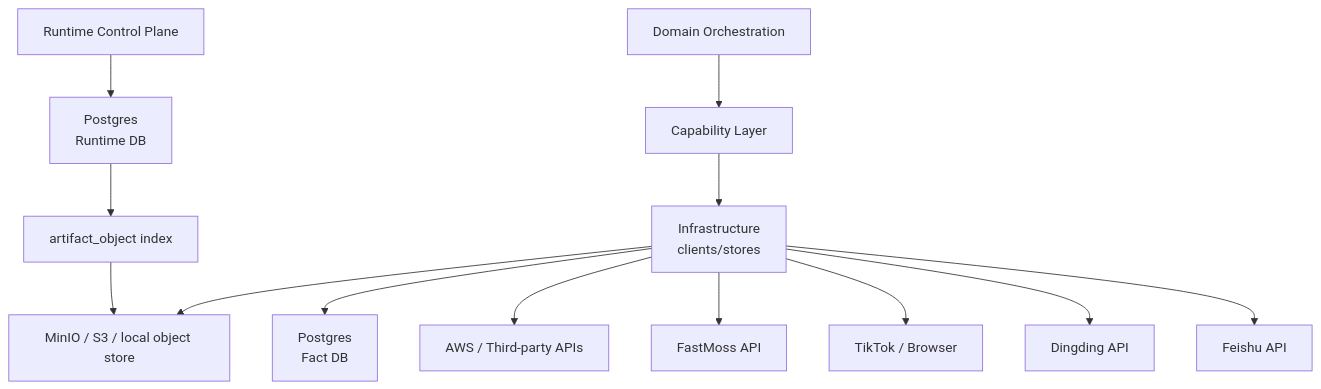
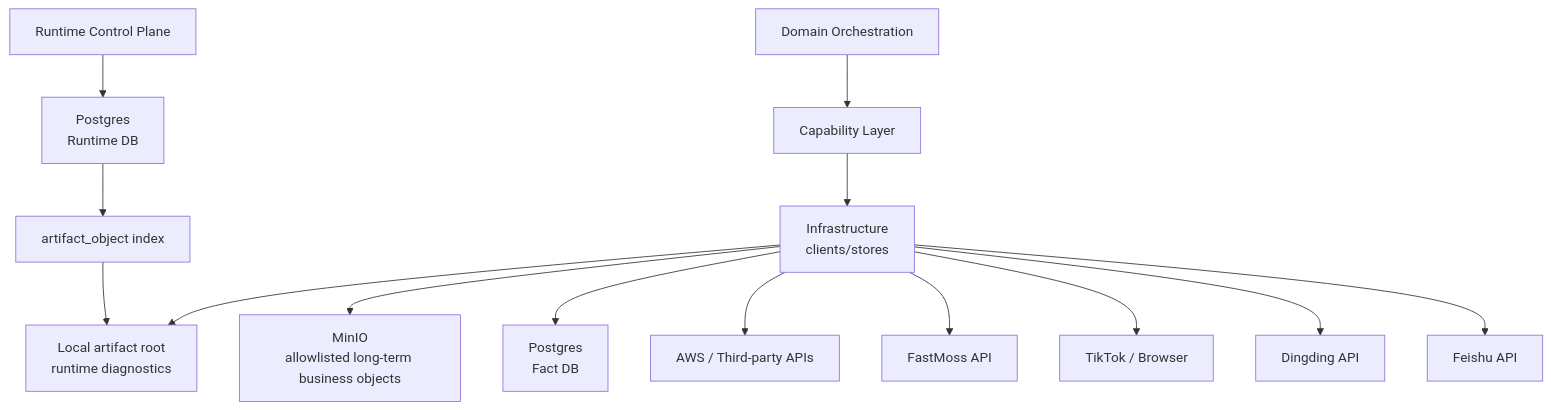
One commit to knighterrantsky/mujitask changed the second of 6 diagrams in docs/arch/system-architecture-design.md. Above: the diagram before and after it, drawn with Mermaid. The commit also changed other lines of this file and 71 other files, not shown here.

Commit message:
feat: enforce durable business object storage

````diff
--- a/docs/arch/system-architecture-design.md
+++ b/docs/arch/system-architecture-design.md
@@ -300,17 +300,18 @@
 ```mermaid
 flowchart TD
     CP["Runtime Control Plane"] --> RDB["Postgres<br/>Runtime DB"]
     Domain["Domain Orchestration"] --> Cap["Capability Layer"]
     Cap --> Infra["Infrastructure<br/>clients/stores"]
 
     Infra --> Feishu["Feishu API"]
     Infra --> Dingding["Dingding API"]
     Infra --> TikTok["TikTok / Browser"]
     Infra --> FastMoss["FastMoss API"]
     Infra --> AWS["AWS / Third-party APIs"]
     Infra --> FDB["Postgres<br/>Fact DB"]
-    Infra --> Obj["MinIO / S3 / local object store"]
+    Infra --> Obj["MinIO<br/>allowlisted long-term business objects"]
+    Infra --> Local["Local artifact root<br/>runtime diagnostics"]
 
     RDB --> ArtifactIndex["artifact_object index"]
-    ArtifactIndex --> Obj
+    ArtifactIndex --> Local
 ```
````
